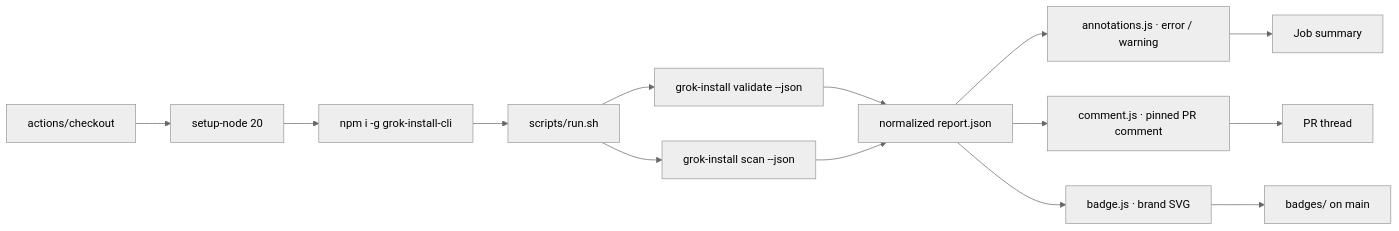
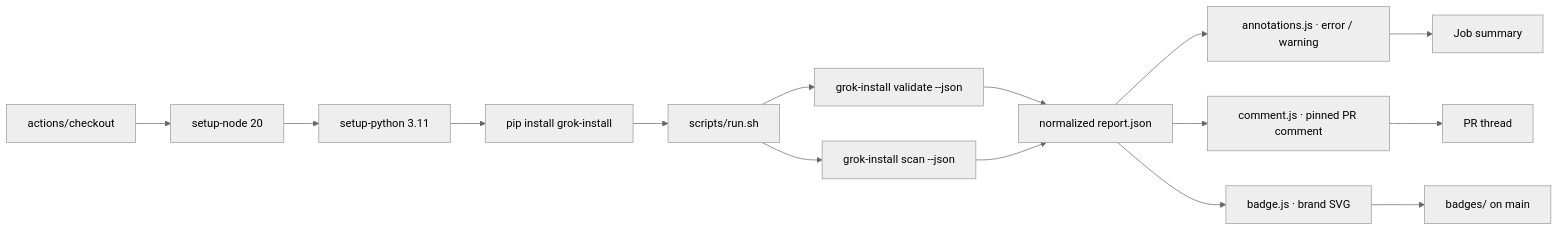
One commit to AgentMindCloud/grok-install-action changed the diagram in README.md. Above: the diagram before and after it, drawn with Mermaid (neutral theme). The commit also changed other lines of this file and 50 other files, not shown here.

````diff
--- a/README.md
+++ b/README.md
@@ -117,16 +117,17 @@
 ```mermaid
 flowchart LR
     CHECKOUT["actions/checkout"] --> NODE["setup-node 20"]
-    NODE --> CLI["npm i -g grok-install-cli"]
+    NODE --> PY["setup-python 3.11"]
+    PY --> CLI["pip install grok-install"]
     CLI --> RUN["scripts/run.sh"]
     RUN --> VAL["grok-install validate --json"]
     RUN --> SCAN["grok-install scan --json"]
     VAL --> REPORT["normalized report.json"]
     SCAN --> REPORT
     REPORT --> ANN["annotations.js · error / warning"]
     REPORT --> COMMENT["comment.js · pinned PR comment"]
     REPORT --> BADGE["badge.js · brand SVG"]
     ANN --> SUMMARY["Job summary"]
     COMMENT --> PR["PR thread"]
     BADGE --> MAIN["badges/ on main"]
 ```
````
